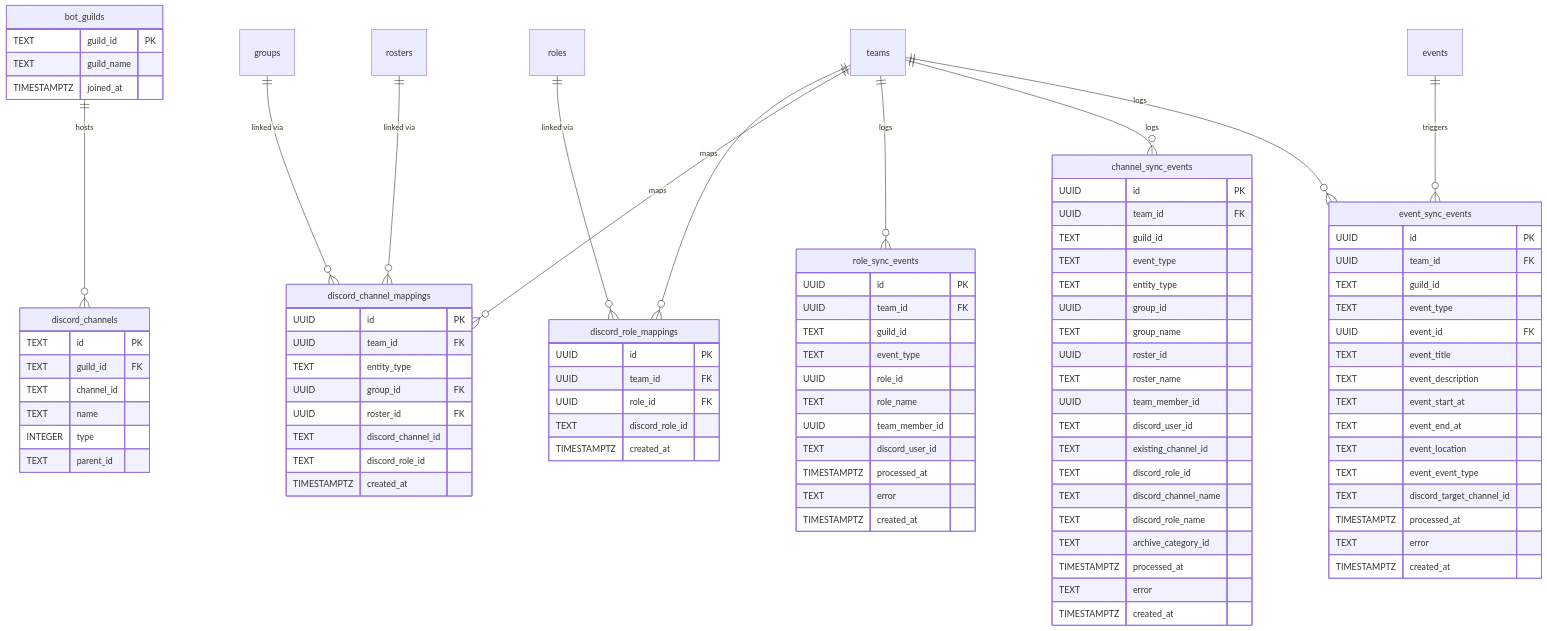
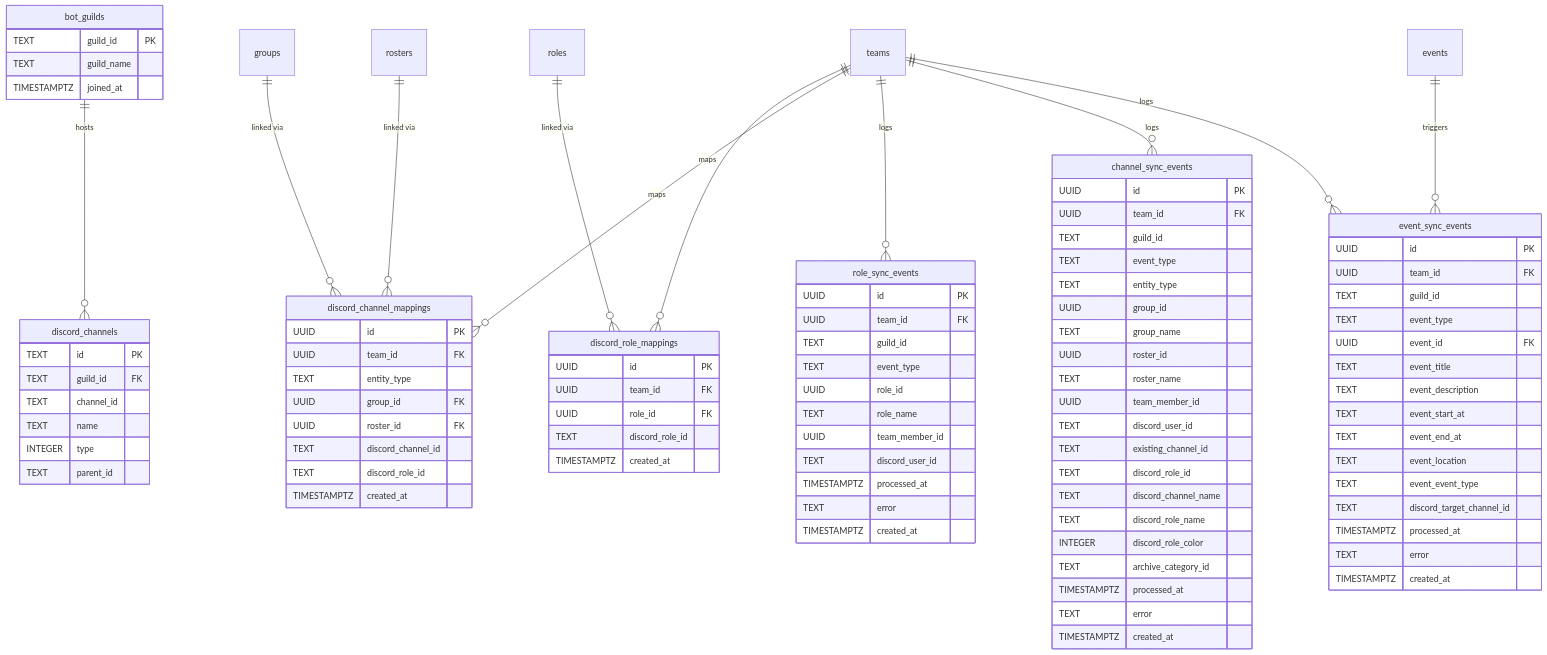
The eighth of 12 diagrams in docs/thesis/er-diagram.md (maxa-ondrej/sideline), drawn with Mermaid before and after one commit. The commit also changed other lines of this file and 47 other files, not shown here.

```diff
--- a/docs/thesis/er-diagram.md
+++ b/docs/thesis/er-diagram.md
@@ -470,6 +471,7 @@
         TEXT discord_role_id
         TEXT discord_channel_name
         TEXT discord_role_name
+        INTEGER discord_role_color
         TEXT archive_category_id
         TIMESTAMPTZ processed_at
         TEXT error
```
